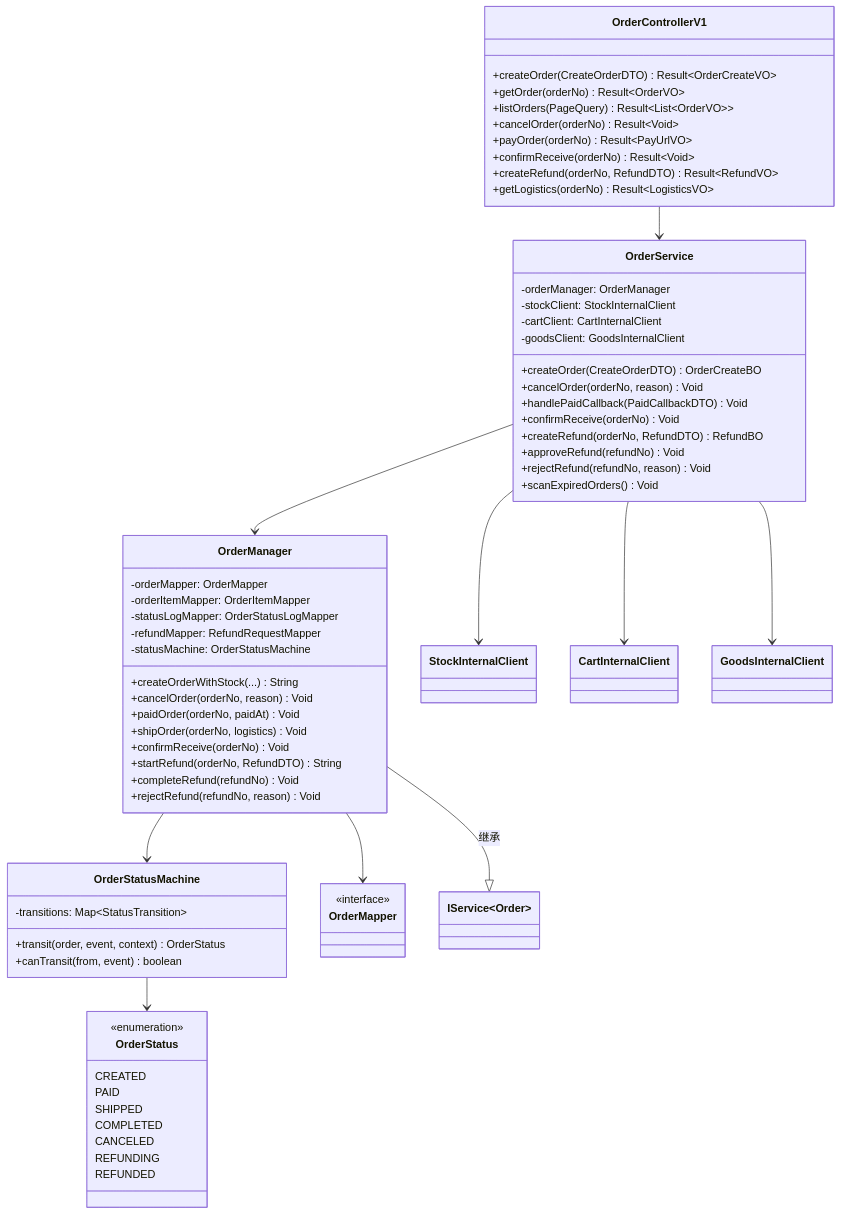
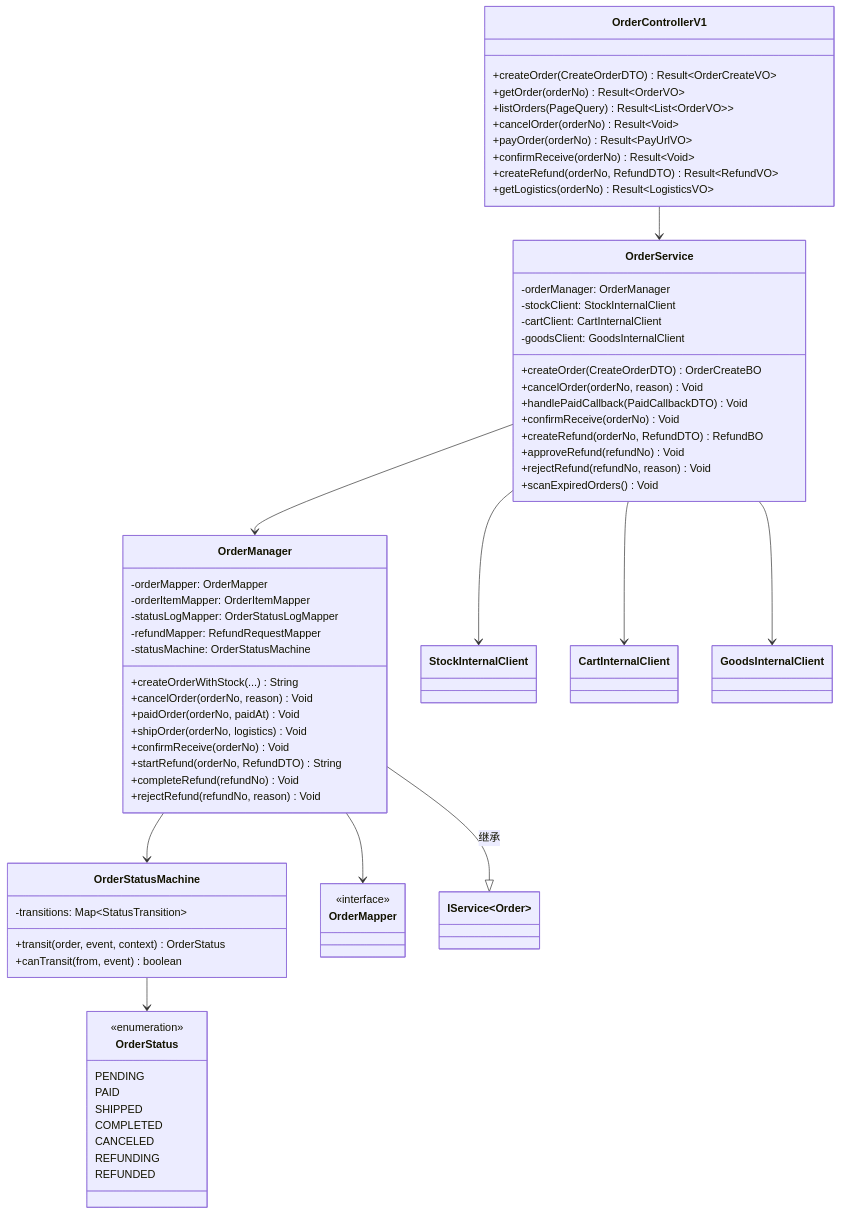
Before and after one commit to YiRancrazy/minimail_end_system: the fifth of 18 diagrams in .dev/docs/2. 设计阶段/07-模块详细设计.md, drawn with Mermaid. The commit also changed other lines of this file and 85 other files, not shown here.

````diff
--- a/.dev/docs/2. 设计阶段/07-模块详细设计.md
+++ b/.dev/docs/2. 设计阶段/07-模块详细设计.md
@@ -225,75 +225,75 @@
 ```mermaid
 classDiagram
     class OrderControllerV1 {
         +createOrder(CreateOrderDTO) Result~OrderCreateVO~
         +getOrder(orderNo) Result~OrderVO~
         +listOrders(PageQuery) Result~List~OrderVO~~
         +cancelOrder(orderNo) Result~Void~
         +payOrder(orderNo) Result~PayUrlVO~
         +confirmReceive(orderNo) Result~Void~
         +createRefund(orderNo, RefundDTO) Result~RefundVO~
         +getLogistics(orderNo) Result~LogisticsVO~
     }
 
     class OrderService {
         -orderManager: OrderManager
         -stockClient: StockInternalClient
         -cartClient: CartInternalClient
         -goodsClient: GoodsInternalClient
         +createOrder(CreateOrderDTO) OrderCreateBO
         +cancelOrder(orderNo, reason) Void
         +handlePaidCallback(PaidCallbackDTO) Void
         +confirmReceive(orderNo) Void
         +createRefund(orderNo, RefundDTO) RefundBO
         +approveRefund(refundNo) Void
         +rejectRefund(refundNo, reason) Void
         +scanExpiredOrders() Void
     }
 
     class OrderManager {
         -orderMapper: OrderMapper
         -orderItemMapper: OrderItemMapper
         -statusLogMapper: OrderStatusLogMapper
         -refundMapper: RefundRequestMapper
         -statusMachine: OrderStatusMachine
         +createOrderWithStock(...) String
         +cancelOrder(orderNo, reason) Void
         +paidOrder(orderNo, paidAt) Void
         +shipOrder(orderNo, logistics) Void
         +confirmReceive(orderNo) Void
         +startRefund(orderNo, RefundDTO) String
         +completeRefund(refundNo) Void
         +rejectRefund(refundNo, reason) Void
     }
 
     class OrderStatusMachine {
         -transitions: Map~StatusTransition~
         +transit(order, event, context) OrderStatus
         +canTransit(from, event) boolean
     }
 
     class OrderStatus {
         <<enumeration>>
-        CREATED
+        PENDING
         PAID
         SHIPPED
         COMPLETED
         CANCELED
         REFUNDING
         REFUNDED
     }
 
     class OrderMapper {
         <<interface>>
     }
 
     OrderControllerV1 --> OrderService
     OrderService --> OrderManager
     OrderService --> StockInternalClient
     OrderService --> CartInternalClient
     OrderService --> GoodsInternalClient
     OrderManager --> OrderMapper
     OrderManager --> OrderStatusMachine
     OrderStatusMachine --> OrderStatus
     OrderManager --|> IService~Order~ : 继承
 ```
````
